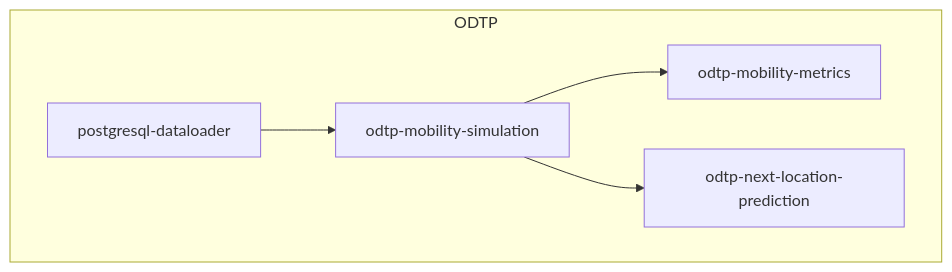
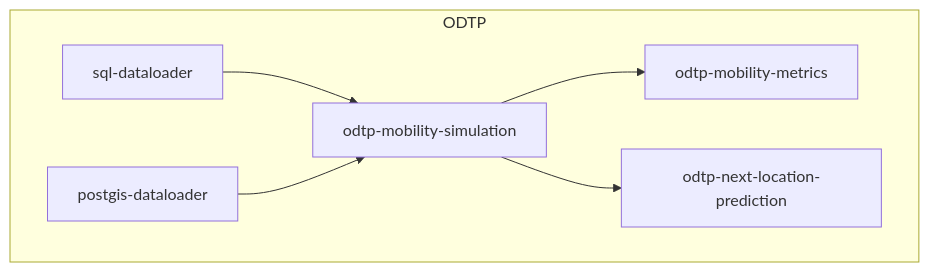
Before and after one commit to odtp-org/odtp-manuals: the diagram in docs/usecases/mobility-causal-interventions.md, drawn with Mermaid.

Commit message:
fix(use case): change diagram

````diff
--- a/docs/usecases/mobility-causal-interventions.md
+++ b/docs/usecases/mobility-causal-interventions.md
@@ -11,8 +11,9 @@
 ``` mermaid
 graph TB
     subgraph ODTP
-        postgresql-dataloader --> odtp-mobility-simulation
+        sql-dataloader --> odtp-mobility-simulation
         odtp-mobility-simulation --> odtp-mobility-metrics
         odtp-mobility-simulation --> odtp-next-location-prediction
+        postgis-dataloader --> odtp-mobility-simulation
     end    
 ```
````
